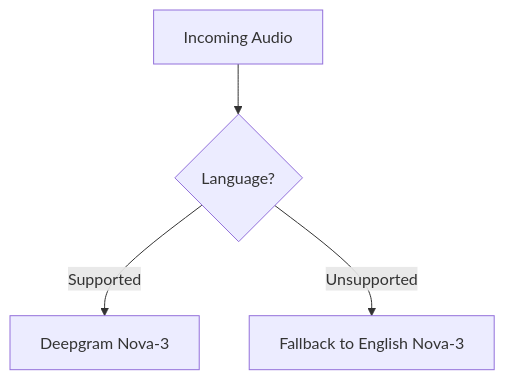
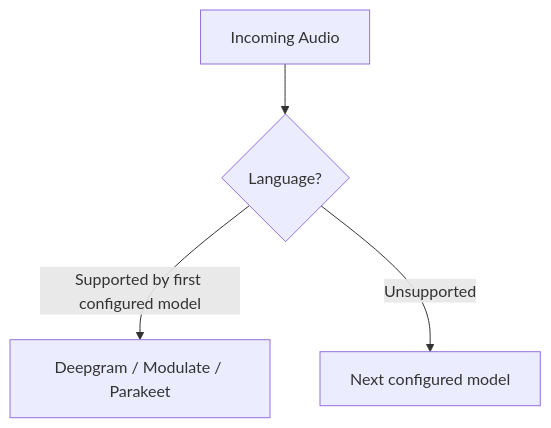
One commit to BasedHardware/omi changed the second of 5 diagrams in docs/doc/developer/backend/transcription.mdx. Above: the diagram before and after it, drawn with Mermaid. The commit also changed other lines of this file and 91 other files, not shown here.

````diff
--- a/docs/doc/developer/backend/transcription.mdx
+++ b/docs/doc/developer/backend/transcription.mdx
@@ -155,6 +158,6 @@
 ```mermaid
 flowchart TD
     Start[Incoming Audio] --> Lang{Language?}
-    Lang -->|Supported| DG3[Deepgram Nova-3]
-    Lang -->|Unsupported| Fallback[Fallback to English Nova-3]
+    Lang -->|Supported by first configured model| Selected[Deepgram / Modulate / Parakeet]
+    Lang -->|Unsupported| Fallback[Next configured model]
 ```
````
